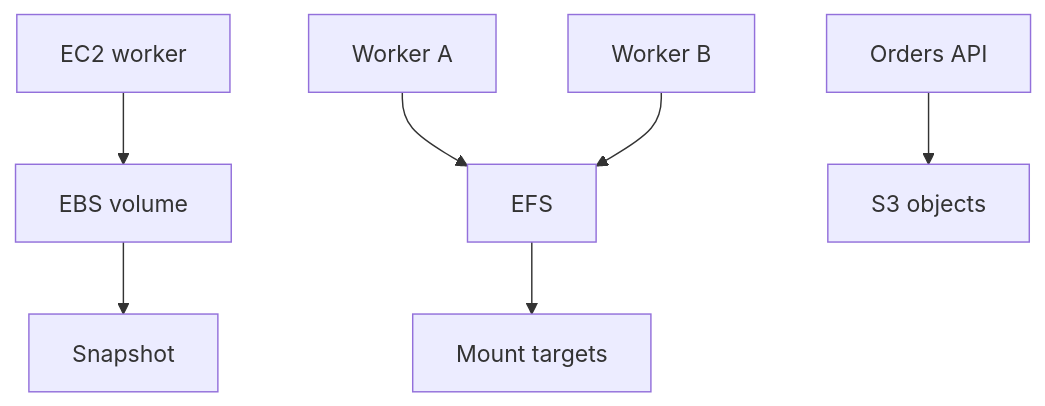
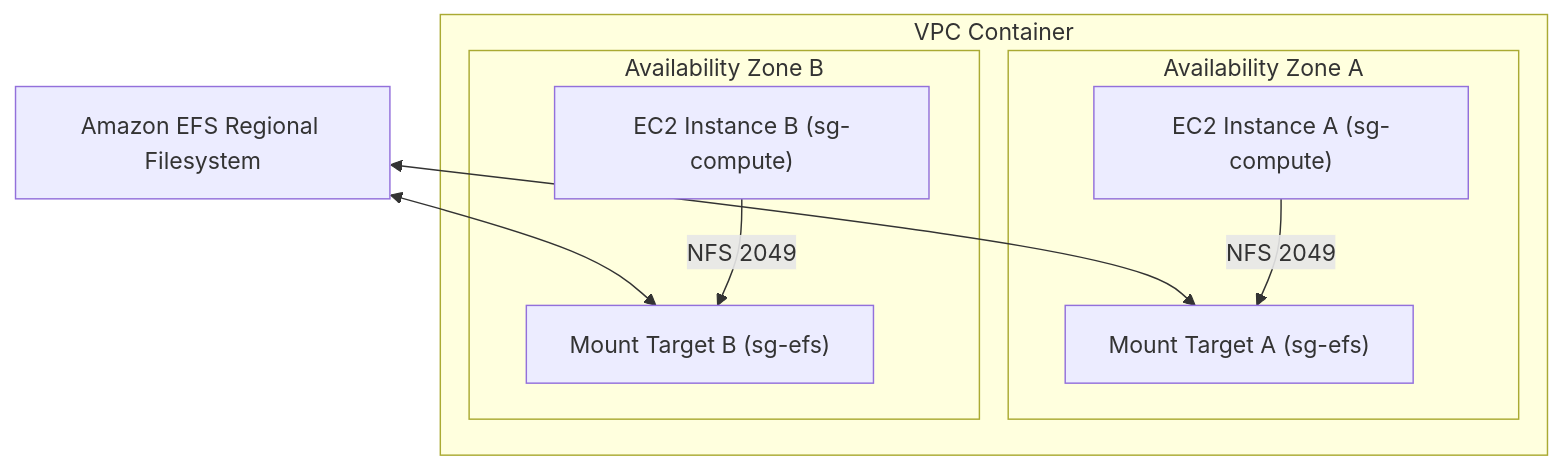
One commit to senlinyy/dev-roadmaps changed the diagram in cloud-providers/aws/storage-databases/ebs-and-efs-storage-attached-to-compute.md. Above: the diagram before and after it, drawn with Mermaid. The commit also changed other lines of this file and 58 other files, not shown here.

````diff
--- a/cloud-providers/aws/storage-databases/ebs-and-efs-storage-attached-to-compute.md
+++ b/cloud-providers/aws/storage-databases/ebs-and-efs-storage-attached-to-compute.md
@@ -161,11 +133,19 @@
 ```mermaid
-flowchart TB
-    EC2["EC2 worker"] --> EBS["EBS volume"]
-    EBS --> Snap["Snapshot"]
+flowchart TD
+    subgraph VPCContainer["VPC Container"]
+        subgraph ZoneA["Availability Zone A"]
+            ComputeA["EC2 Instance A (sg-compute)"]
+            TargetA["Mount Target A (sg-efs)"]
+        end
+        subgraph ZoneB["Availability Zone B"]
+            ComputeB["EC2 Instance B (sg-compute)"]
+            TargetB["Mount Target B (sg-efs)"]
+        end
+    end
 
-    WorkerA["Worker A"] --> EFS["EFS"]
-    WorkerB["Worker B"] --> EFS
-    EFS --> Mount["Mount targets"]
+    EFS["Amazon EFS Regional Filesystem"] <--> TargetA
+    EFS <--> TargetB
 
-    App["Orders API"] --> S3["S3 objects"]
+    ComputeA -->|NFS 2049| TargetA
+    ComputeB -->|NFS 2049| TargetB
 ```
````
